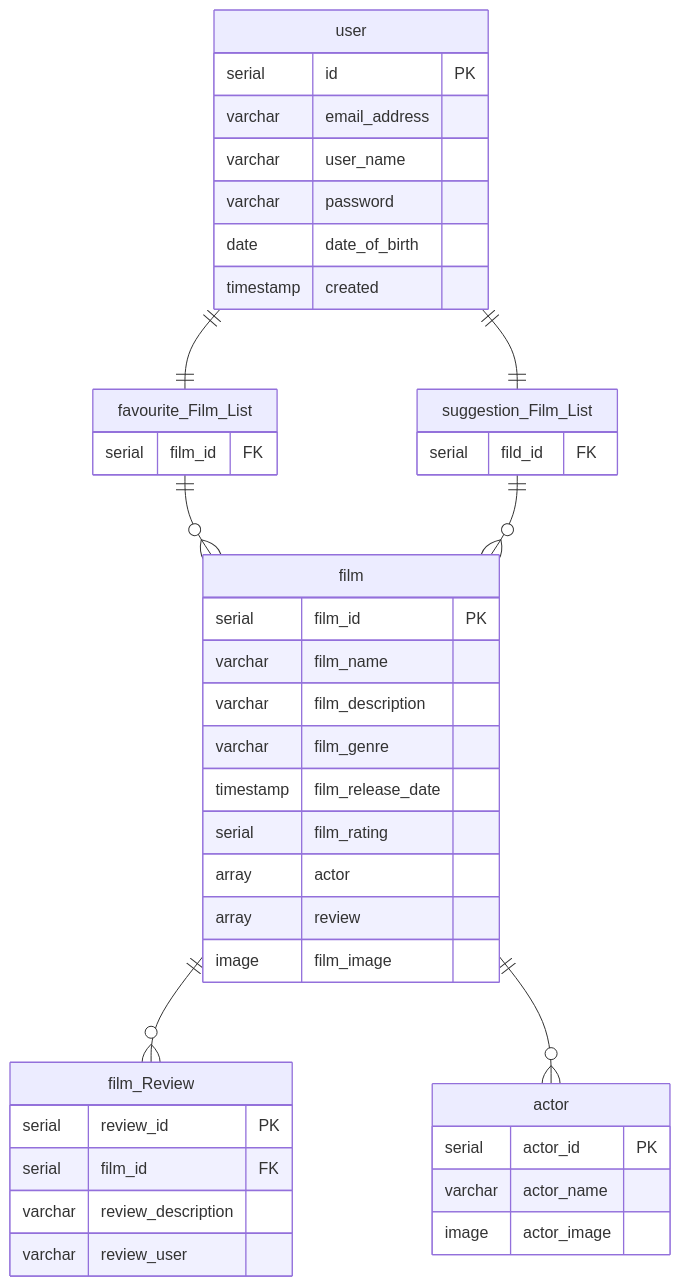
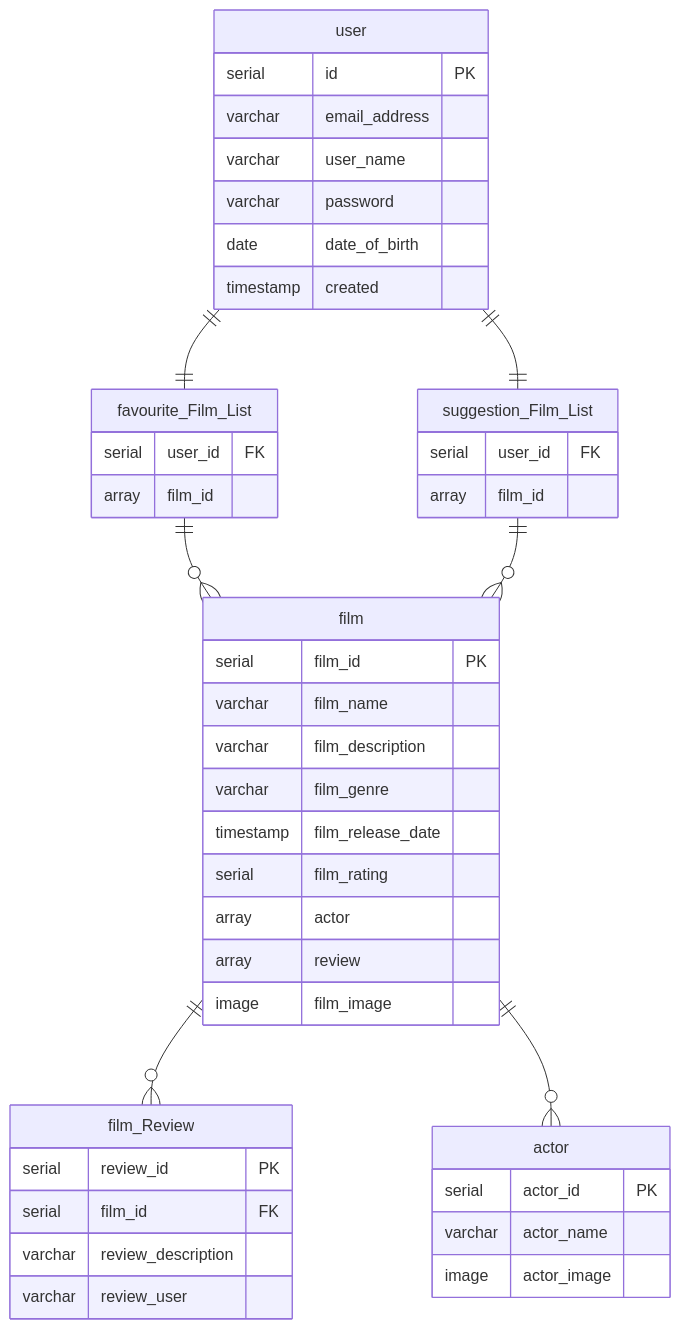
One commit to Niall96/HeresAFilm changed the second of 2 diagrams in README.md. Above: the diagram before and after it, drawn with Mermaid. The commit also changed other lines of this file, not shown here.

````diff
--- a/README.md
+++ b/README.md
@@ -41,46 +42,48 @@
 ```mermaid
 erDiagram 
  user ||--|| favourite_Film_List : ""
  user ||--|| suggestion_Film_List : ""
  favourite_Film_List ||--o{ film : ""
  suggestion_Film_List ||--o{ film : ""
  film ||--o{ film_Review : ""
  film ||--o{ actor : ""
  
  user {
         serial id PK
         varchar email_address
         varchar user_name
         varchar password
         date date_of_birth
         timestamp created
     }
  favourite_Film_List {
-                 serial film_id FK
+                 serial user_id FK
+                 array film_id
               }
  suggestion_Film_List {
-                  serial fild_id FK
+                  serial user_id FK
+                  array film_id
                }
  film {
       serial film_id PK
       varchar film_name
       varchar film_description
       varchar film_genre
       timestamp film_release_date
       serial film_rating
       array actor
       array review
       image film_image
       }
  film_Review {
              serial review_id PK
              serial film_id FK
              varchar review_description
              varchar review_user
            }
  actor {
        serial actor_id PK
        varchar actor_name
        image actor_image
      }
 ```
````
